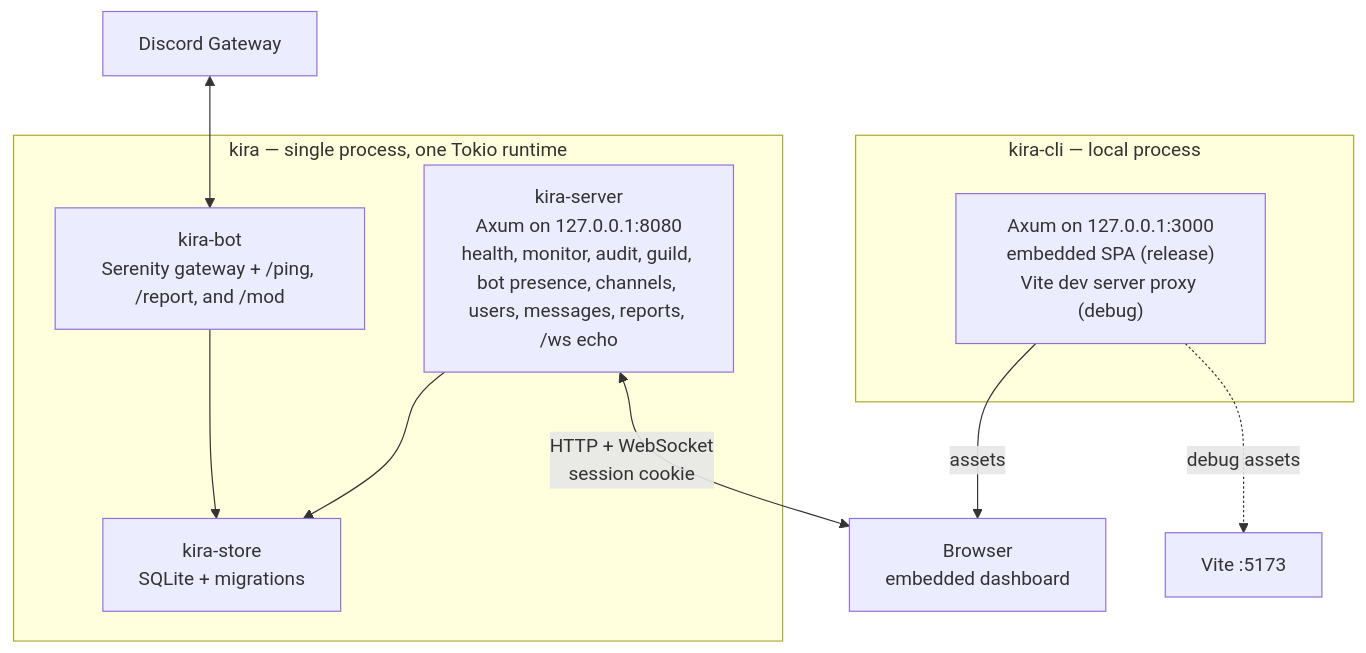
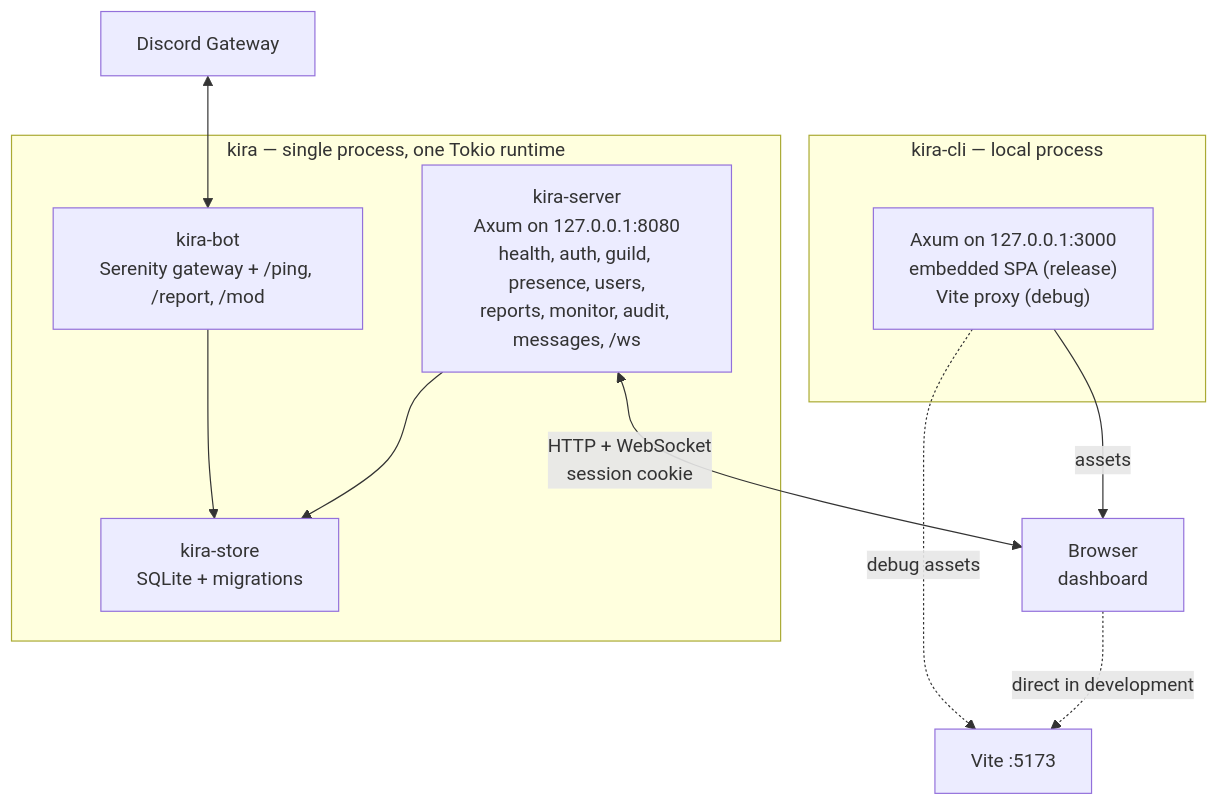
One commit to merzen-sh/kira changed the first of 2 diagrams in docs/ARCHITECTURE.md. Above: the diagram before and after it, drawn with Mermaid. The commit also changed other lines of this file and 5 other files, not shown here.

````diff
--- a/docs/ARCHITECTURE.md
+++ b/docs/ARCHITECTURE.md
@@ -23,23 +23,25 @@
 ```mermaid
 flowchart TB
     GW["Discord Gateway"]
 
     subgraph KIRA["kira — single process, one Tokio runtime"]
-        BOT["kira-bot<br/>Serenity gateway + /ping, /report, and /mod"]
-        SERVER["kira-server<br/>Axum on 127.0.0.1:8080<br/>health, monitor, audit, guild, bot presence, channels, users, messages, reports, /ws echo"]
+        BOT["kira-bot<br/>Serenity gateway + /ping, /report, /mod"]
+        SERVER["kira-server<br/>Axum on 127.0.0.1:8080<br/>health, auth, guild, presence, users,<br/>reports, monitor, audit, messages, /ws"]
         STORE["kira-store<br/>SQLite + migrations"]
     end
 
     subgraph LOCAL["kira-cli — local process"]
-        CLI["Axum on 127.0.0.1:3000<br/>embedded SPA (release)<br/>Vite dev server proxy (debug)"]
+        CLI["Axum on 127.0.0.1:3000<br/>embedded SPA (release)<br/>Vite proxy (debug)"]
     end
 
-    BROWSER["Browser<br/>embedded dashboard"]
+    BROWSER["Browser<br/>dashboard"]
+    VITE["Vite :5173"]
 
     GW <--> BOT
     BOT --> STORE
     SERVER --> STORE
     SERVER <-->|"HTTP + WebSocket<br/>session cookie"| BROWSER
     CLI -->|"assets"| BROWSER
-    CLI -.->|"debug assets"| VITE["Vite :5173"]
+    CLI -.->|"debug assets"| VITE
+    BROWSER -.->|"direct in development"| VITE
 ```
````
